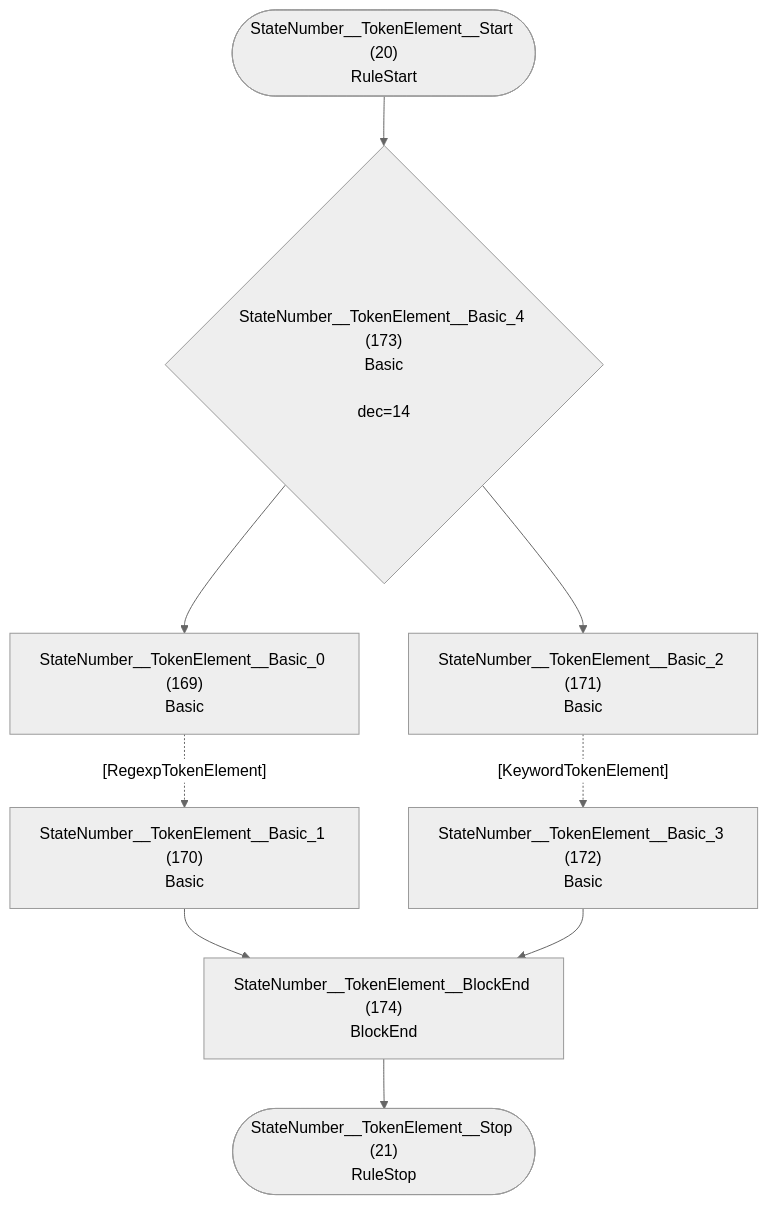
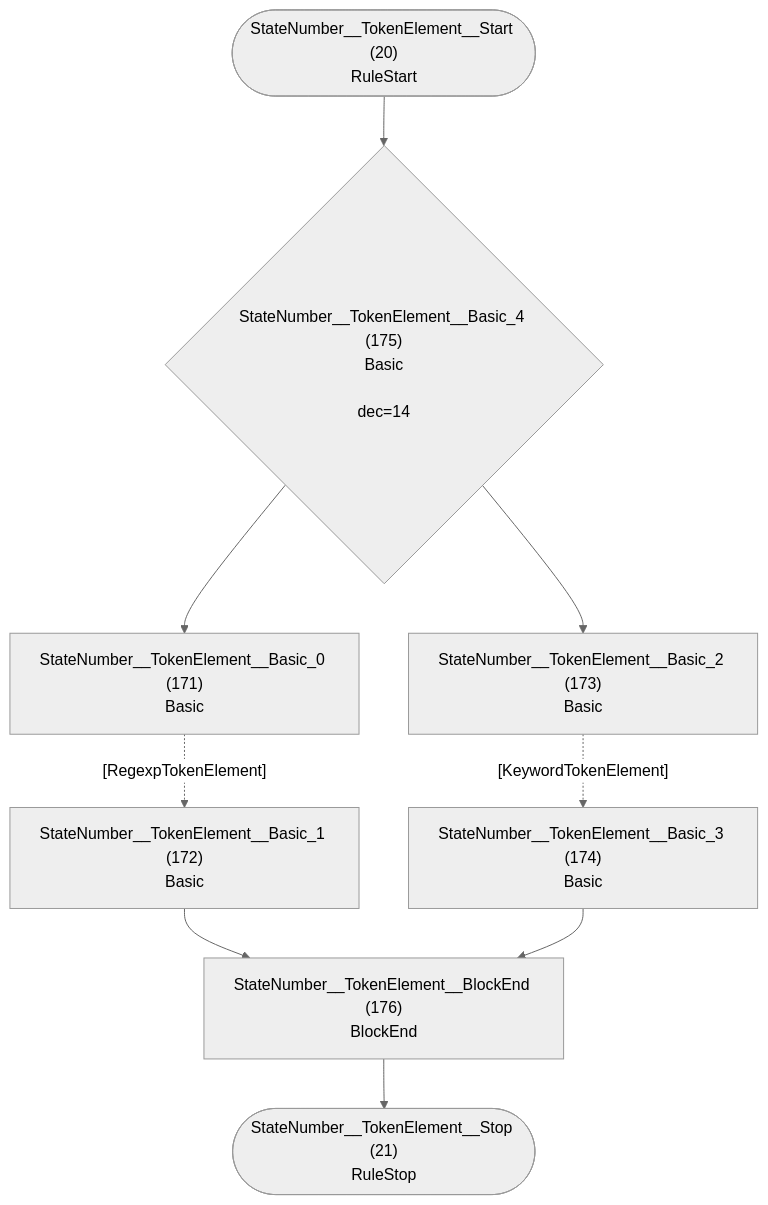
Diagram 11 of 37 in internal/grammar/atn.md (TypeFox/fastbelt), drawn with Mermaid (neutral theme) before and after one commit. The commit also changed other lines of this file and 10 other files, not shown here.

````diff
--- a/internal/grammar/atn.md
+++ b/internal/grammar/atn.md
@@ -320,20 +320,20 @@
 ```mermaid
 flowchart TD
     q20(["StateNumber__TokenElement__Start (20)<br/>RuleStart"])
     q21(["StateNumber__TokenElement__Stop (21)<br/>RuleStop"])
-    q169["StateNumber__TokenElement__Basic_0 (169)<br/>Basic<br/>"]
-    q170["StateNumber__TokenElement__Basic_1 (170)<br/>Basic<br/>"]
-    q171["StateNumber__TokenElement__Basic_2 (171)<br/>Basic<br/>"]
-    q172["StateNumber__TokenElement__Basic_3 (172)<br/>Basic<br/>"]
-    q173{"StateNumber__TokenElement__Basic_4 (173)<br/>Basic<br/><br/>dec=14"}
-    q174["StateNumber__TokenElement__BlockEnd (174)<br/>BlockEnd<br/>"]
+    q171["StateNumber__TokenElement__Basic_0 (171)<br/>Basic<br/>"]
+    q172["StateNumber__TokenElement__Basic_1 (172)<br/>Basic<br/>"]
+    q173["StateNumber__TokenElement__Basic_2 (173)<br/>Basic<br/>"]
+    q174["StateNumber__TokenElement__Basic_3 (174)<br/>Basic<br/>"]
+    q175{"StateNumber__TokenElement__Basic_4 (175)<br/>Basic<br/><br/>dec=14"}
+    q176["StateNumber__TokenElement__BlockEnd (176)<br/>BlockEnd<br/>"]
 
-    q20 --> q173
-    q169 -.->|"[RegexpTokenElement]"| q170
-    q170 --> q174
-    q171 -.->|"[KeywordTokenElement]"| q172
-    q172 --> q174
-    q173 --> q169
-    q173 --> q171
-    q174 --> q21
+    q20 --> q175
+    q171 -.->|"[RegexpTokenElement]"| q172
+    q172 --> q176
+    q173 -.->|"[KeywordTokenElement]"| q174
+    q174 --> q176
+    q175 --> q171
+    q175 --> q173
+    q176 --> q21
 ```
````
